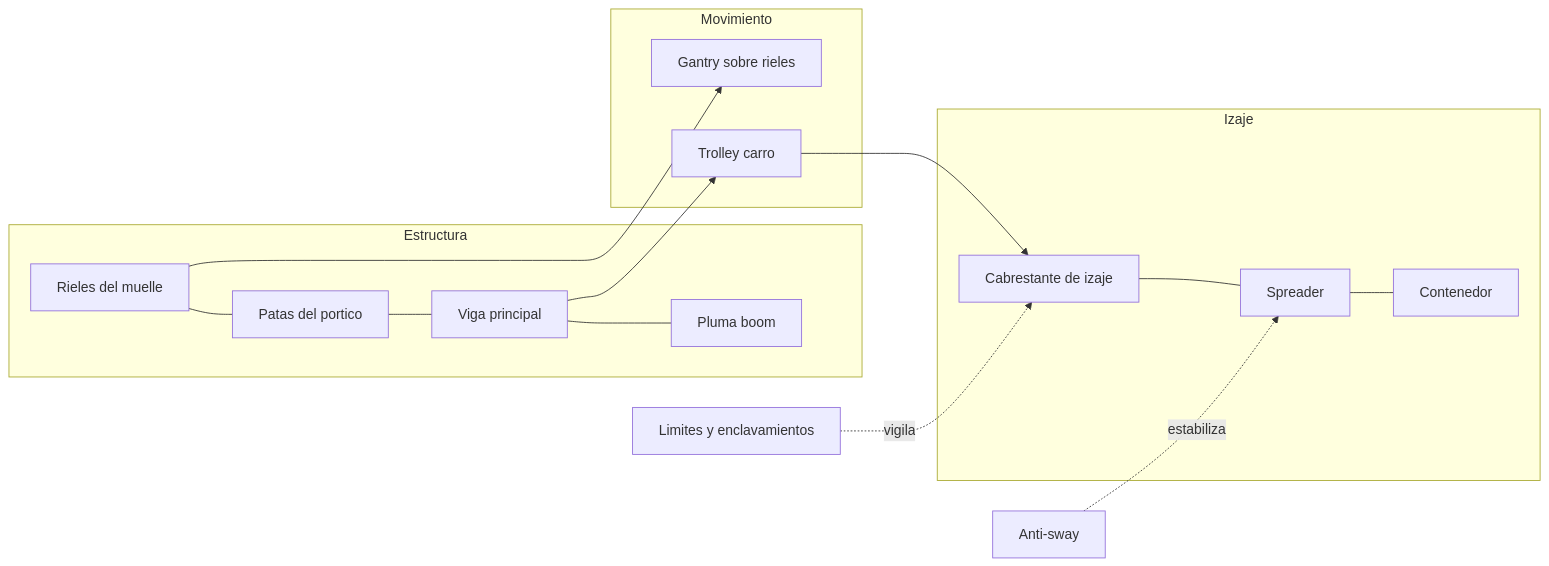
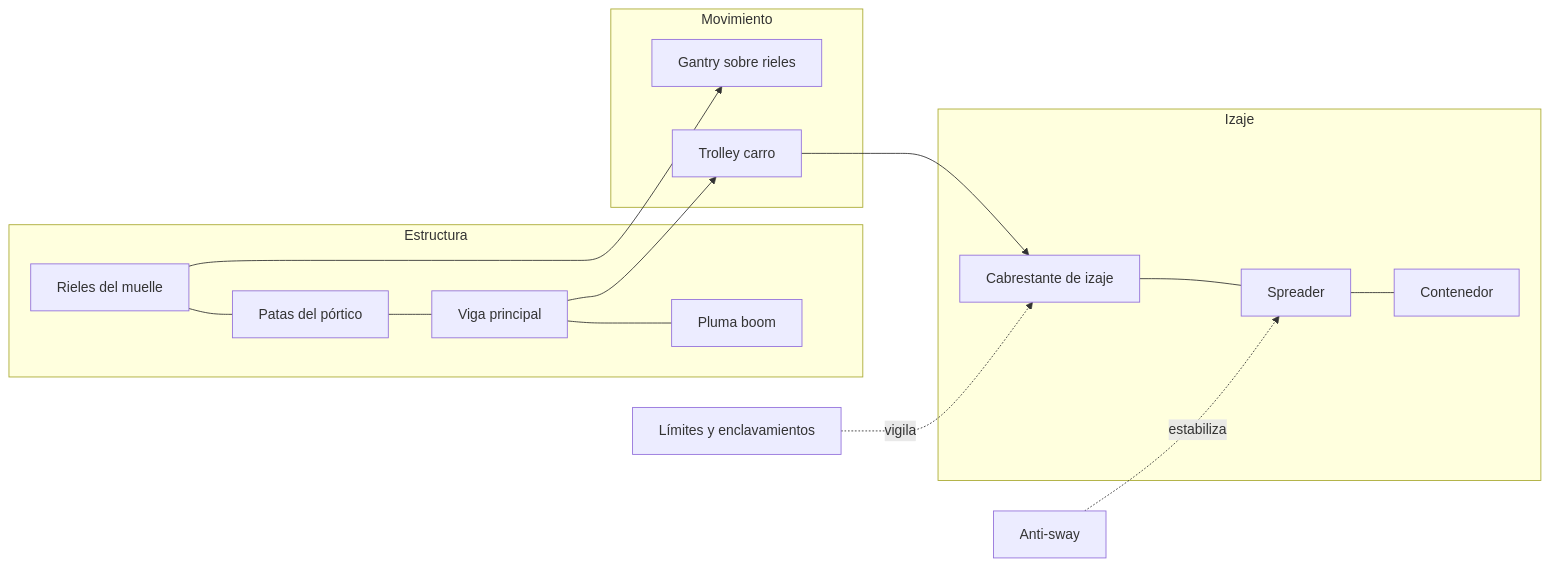
The first of 4 diagrams in vehiculos/grua-portuaria/operacion/sistemas-mecanicos-grua-portuaria.md (vladimiracunadev-create/machine-operator-program), drawn with Mermaid before and after one commit. The commit also changed other lines of this file and 442 other files, not shown here.

````diff
--- a/vehiculos/grua-portuaria/operacion/sistemas-mecanicos-grua-portuaria.md
+++ b/vehiculos/grua-portuaria/operacion/sistemas-mecanicos-grua-portuaria.md
@@ -11,21 +11,21 @@
 ```mermaid
 flowchart LR
     subgraph Estructura
-        Ri[Rieles del muelle] --- Pa[Patas del portico]
+        Ri[Rieles del muelle] --- Pa[Patas del pórtico]
         Pa --- Vi[Viga principal]
         Vi --- Bo[Pluma boom]
     end
     subgraph Movimiento
         Ga[Gantry sobre rieles]
         Tr[Trolley carro]
     end
     subgraph Izaje
         Ho[Cabrestante de izaje] --- Sp[Spreader]
         Sp --- Cn[Contenedor]
     end
     Vi --> Tr
     Tr --> Ho
     Ri --> Ga
     AS[Anti-sway] -. estabiliza .-> Sp
-    LMS[Limites y enclavamientos] -. vigila .-> Ho
+    LMS[Límites y enclavamientos] -. vigila .-> Ho
 ```
````
